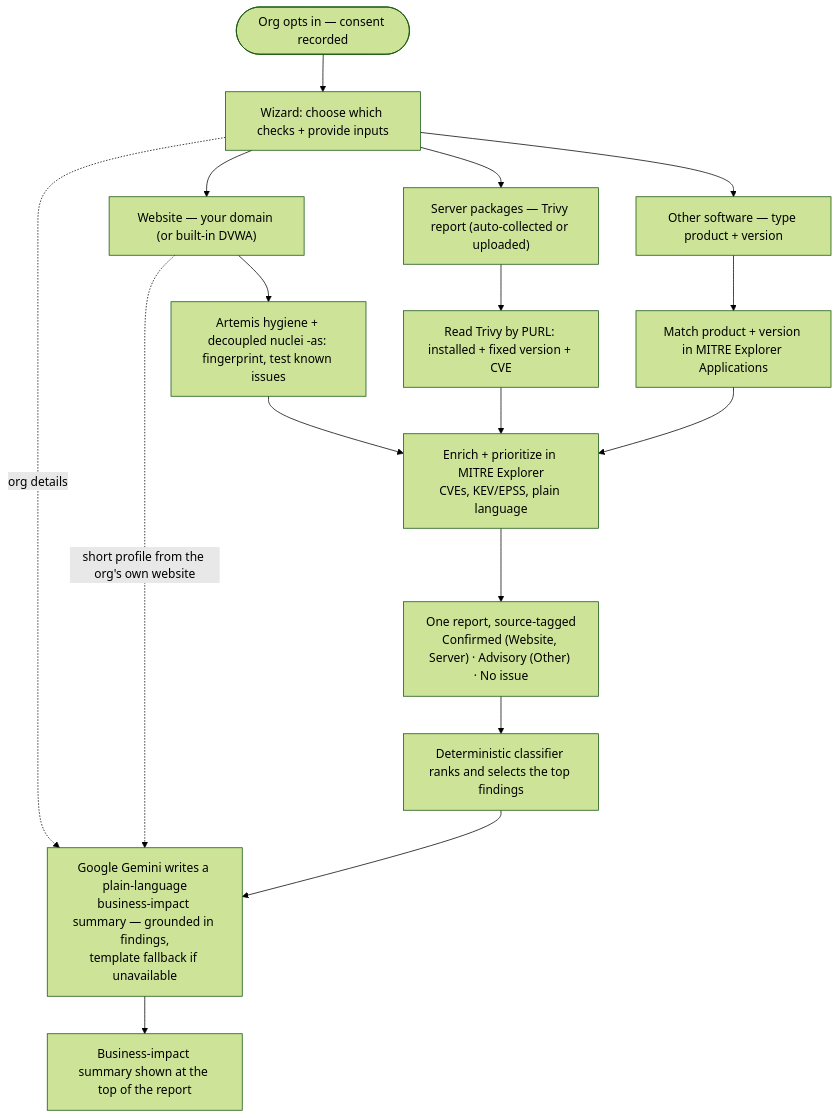
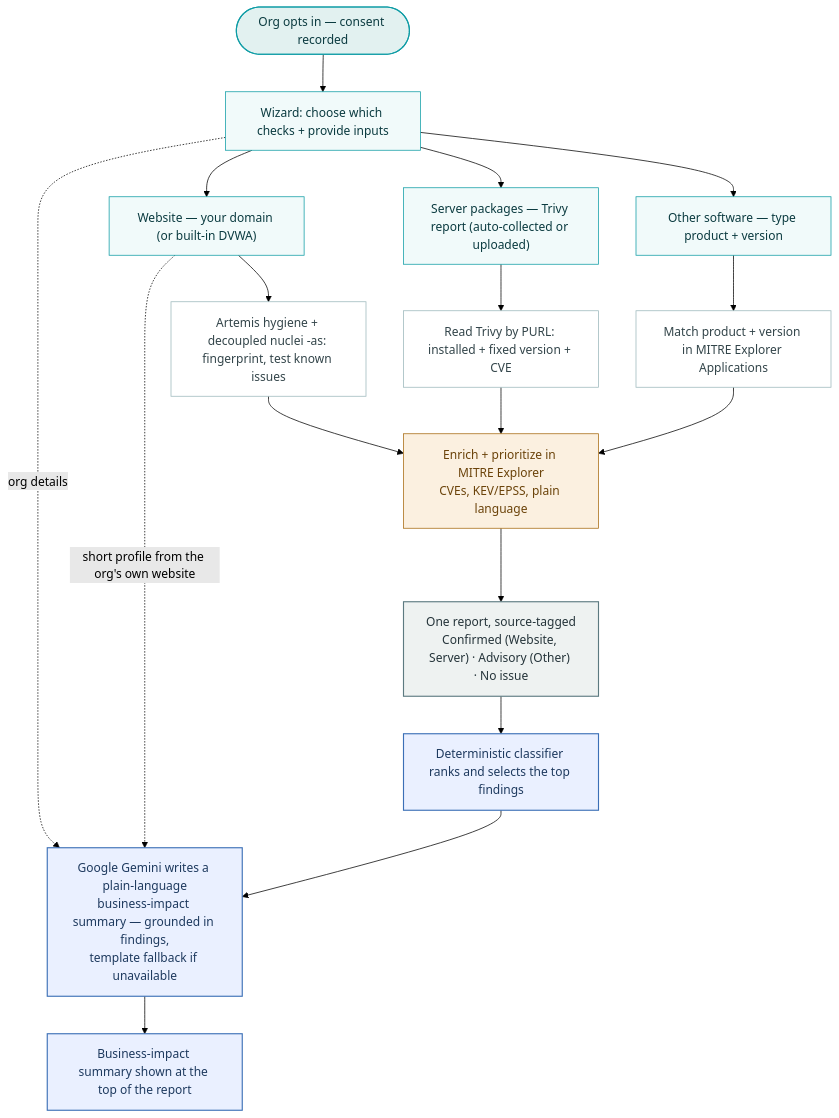
The diagram in README.md (PerIPan/SafetyRoutes), drawn with Mermaid (forest theme) before and after one commit. The commit also changed other lines of this file and 2 other files, not shown here.

Commit message:
docs(readme): add findings-list screenshot + color the flow diagram
- Add docs/screenshots/10-findings.png (source-tagged, filterable findings with
  plain-language explanations) to the "The app" gallery.
- Color-code the mermaid flow diagram by stage (inputs / processing / enrich /
  report) with the AI stage — classifier, Gemini, summary — highlighted, so it
  presents more clearly. Rendered to verify (no parse errors).

````diff
--- a/README.md
+++ b/README.md
@@ -200,19 +200,33 @@
 ```mermaid
 flowchart TD
     A(["Org opts in — consent recorded"]) --> B["Wizard: choose which checks + provide inputs"]
     B --> W["Website — your domain (or built-in DVWA)"]
     B --> P["Server packages — Trivy report (auto-collected or uploaded)"]
     B --> O["Other software — type product + version"]
     W --> W2["Artemis hygiene + decoupled nuclei -as: fingerprint, test known issues"]
     P --> P2["Read Trivy by PURL: installed + fixed version + CVE"]
     O --> O2["Match product + version in MITRE Explorer Applications"]
     W2 --> X["Enrich + prioritize in MITRE Explorer<br/>CVEs, KEV/EPSS, plain language"]
     P2 --> X
     O2 --> X
     X --> R["One report, source-tagged<br/>Confirmed (Website, Server) · Advisory (Other) · No issue"]
     R --> C["Deterministic classifier ranks and selects the top findings"]
     B -. org details .-> G
     W -. short profile from the org's own website .-> G
     C --> G["Google Gemini writes a plain-language<br/>business-impact summary — grounded in findings,<br/>template fallback if unavailable"]
     G --> T["Business-impact summary shown at the top of the report"]
+
+    classDef start  fill:#E2F1F0,stroke:#0E9CA5,color:#0B3B40,stroke-width:1.5px;
+    classDef input  fill:#F1FAFA,stroke:#0E9CA5,color:#0B3B40;
+    classDef process fill:#FFFFFF,stroke:#9BB7BB,color:#33454A;
+    classDef enrich fill:#FBF0E0,stroke:#A6690F,color:#6B430A;
+    classDef report fill:#EEF2F1,stroke:#5C7A80,color:#25343A,stroke-width:1.5px;
+    classDef ai     fill:#EAF0FF,stroke:#3B6FB6,color:#1E3A5F,stroke-width:1.5px;
+
+    class A start;
+    class B,W,P,O input;
+    class W2,P2,O2 process;
+    class X enrich;
+    class R report;
+    class C,G,T ai;
 ```
````
